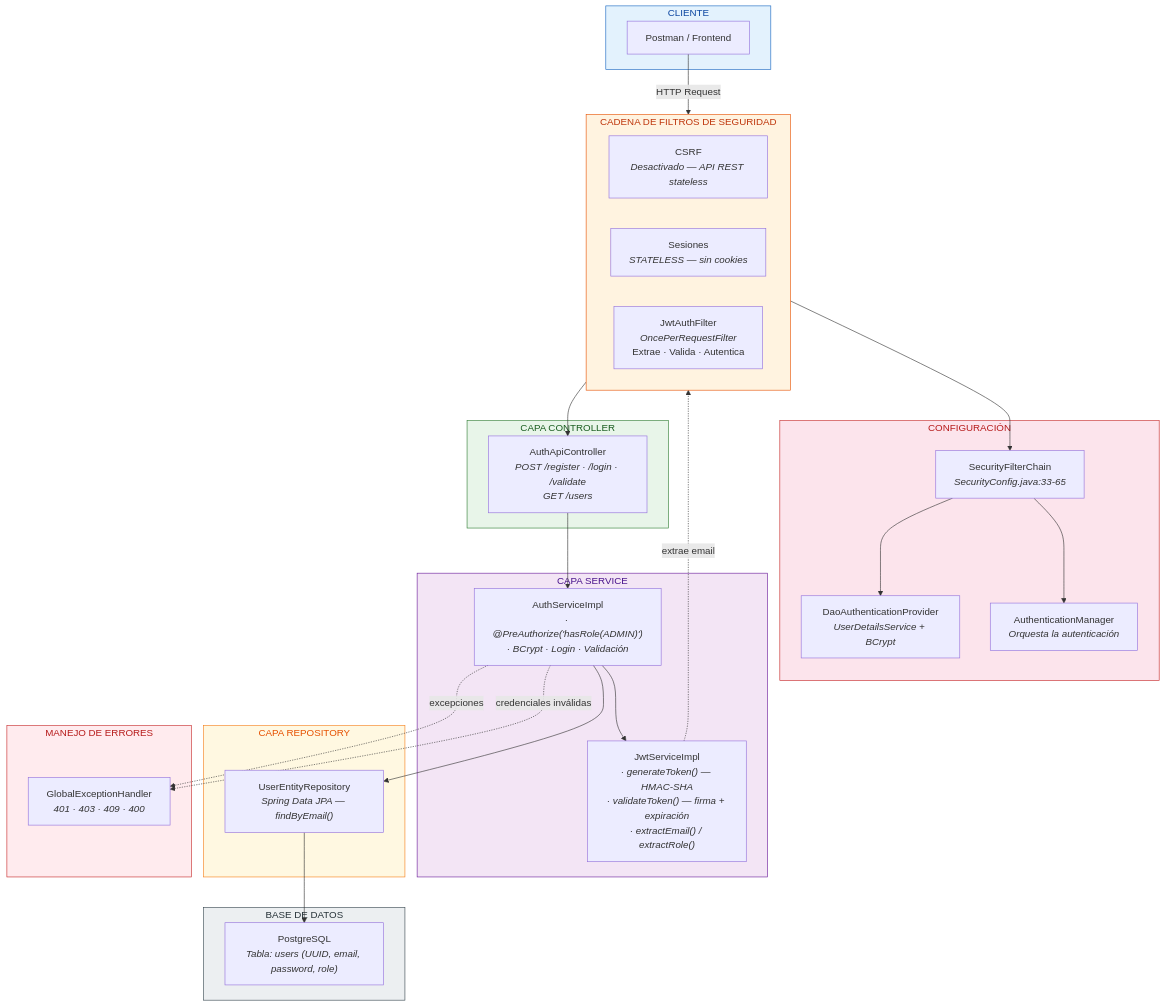
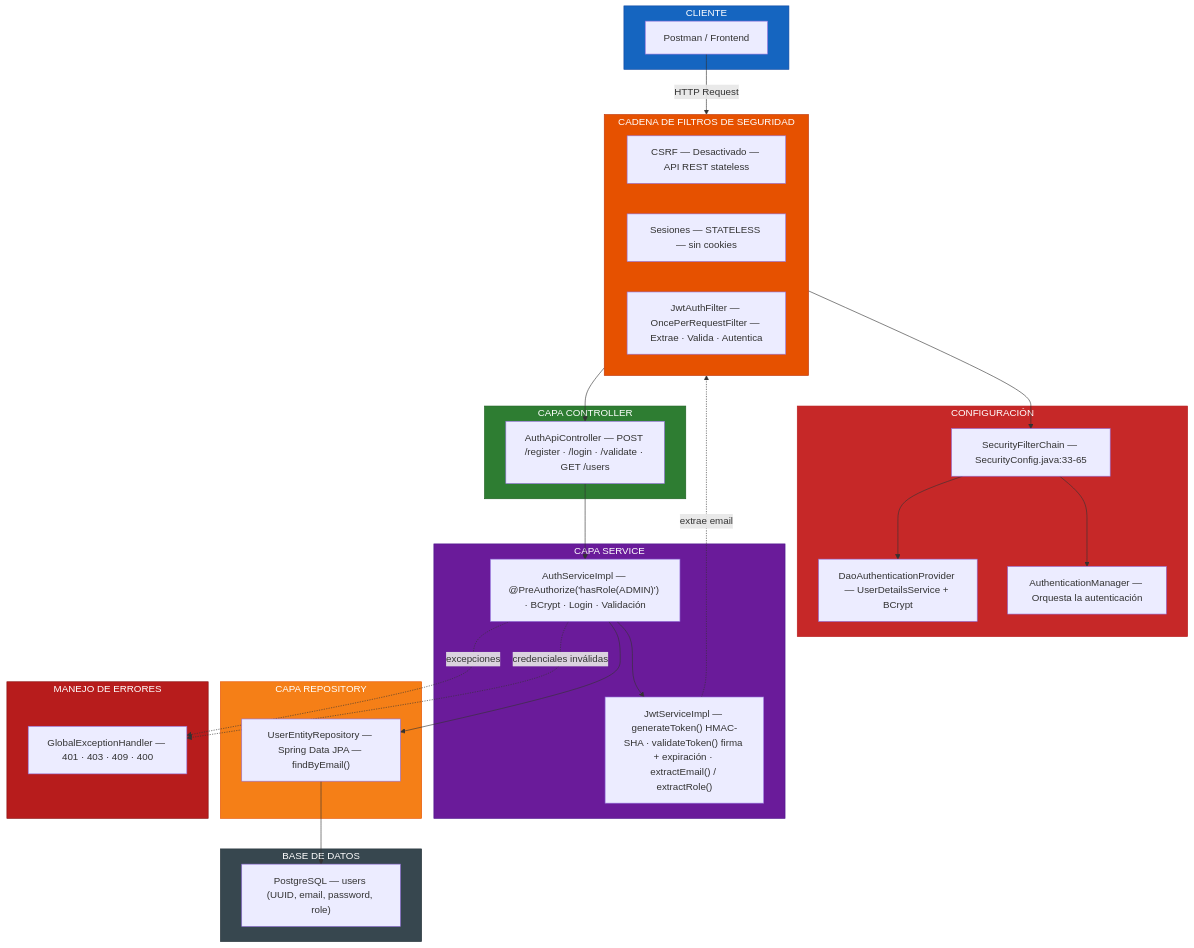
Before and after one commit to dio-quincarDev/springsecurity-basics: the first of 8 diagrams in docs/ARQUITECTURA.md, drawn with Mermaid. The commit also changed other lines of this file, not shown here.

Commit message:
Mejora de Diagramas

````diff
--- a/docs/ARQUITECTURA.md
+++ b/docs/ARQUITECTURA.md
@@ -10,62 +10,62 @@
 ```mermaid
 graph TB
     subgraph CLIENT["CLIENTE"]
         C["Postman / Frontend"]
     end
 
     subgraph FILTER_CHAIN["CADENA DE FILTROS DE SEGURIDAD"]
         direction LR
-        CSRF["CSRF<br/><i>Desactivado — API REST stateless</i>"]
-        SESSION["Sesiones<br/><i>STATELESS — sin cookies</i>"]
-        JWT_FILTER["JwtAuthFilter<br/><i>OncePerRequestFilter</i><br/>Extrae · Valida · Autentica"]
+        CSRF["CSRF — Desactivado — API REST stateless"]
+        SESSION["Sesiones — STATELESS — sin cookies"]
+        JWT_FILTER["JwtAuthFilter — OncePerRequestFilter — Extrae · Valida · Autentica"]
     end
 
     subgraph SECURITY_CONFIG["CONFIGURACIÓN"]
-        SC["SecurityFilterChain<br/><i>SecurityConfig.java:33-65</i>"]
-        AUTH_PROVIDER["DaoAuthenticationProvider<br/><i>UserDetailsService + BCrypt</i>"]
-        AUTH_MANAGER["AuthenticationManager<br/><i>Orquesta la autenticación</i>"]
+        SC["SecurityFilterChain — SecurityConfig.java:33-65"]
+        AUTH_PROVIDER["DaoAuthenticationProvider — UserDetailsService + BCrypt"]
+        AUTH_MANAGER["AuthenticationManager — Orquesta la autenticación"]
     end
 
     subgraph CONTROLLER["CAPA CONTROLLER"]
-        CTRL["AuthApiController<br/><i>POST /register · /login · /validate<br/>GET /users</i>"]
+        CTRL["AuthApiController — POST /register · /login · /validate · GET /users"]
     end
 
     subgraph SERVICE["CAPA SERVICE"]
-        AUTH_SVC["AuthServiceImpl<br/><i>· @PreAuthorize('hasRole(ADMIN)')<br/>· BCrypt · Login · Validación</i>"]
-        JWT_SVC["JwtServiceImpl<br/><i>· generateToken() — HMAC-SHA<br/>· validateToken() — firma + expiración<br/>· extractEmail() / extractRole()</i>"]
+        AUTH_SVC["AuthServiceImpl — @PreAuthorize('hasRole(ADMIN)') · BCrypt · Login · Validación"]
+        JWT_SVC["JwtServiceImpl — generateToken() HMAC-SHA · validateToken() firma + expiración · extractEmail() / extractRole()"]
     end
 
     subgraph REPOSITORY["CAPA REPOSITORY"]
-        REPO["UserEntityRepository<br/><i>Spring Data JPA — findByEmail()</i>"]
+        REPO["UserEntityRepository — Spring Data JPA — findByEmail()"]
     end
 
     subgraph DATABASE["BASE DE DATOS"]
-        DB["PostgreSQL<br/><i>Tabla: users (UUID, email, password, role)</i>"]
+        DB["PostgreSQL — users (UUID, email, password, role)"]
     end
 
     subgraph EXCEPTIONS["MANEJO DE ERRORES"]
-        GEX["GlobalExceptionHandler<br/><i>401 · 403 · 409 · 400</i>"]
+        GEX["GlobalExceptionHandler — 401 · 403 · 409 · 400"]
     end
 
     C -->|"HTTP Request"| FILTER_CHAIN
     FILTER_CHAIN --> SC
     SC --> AUTH_PROVIDER
     SC --> AUTH_MANAGER
     FILTER_CHAIN --> CTRL
     CTRL --> AUTH_SVC
     AUTH_SVC --> JWT_SVC
     AUTH_SVC --> REPO
     JWT_SVC -.->|"extrae email"| FILTER_CHAIN
     REPO --> DB
     AUTH_SVC -.->|"excepciones"| GEX
     AUTH_SVC -.->|"credenciales inválidas"| GEX
 
-    style CLIENT fill:#e3f2fd,stroke:#1565c0,color:#0d47a1
-    style FILTER_CHAIN fill:#fff3e0,stroke:#e65100,color:#bf360c
-    style SECURITY_CONFIG fill:#fce4ec,stroke:#c62828,color:#b71c1c
-    style CONTROLLER fill:#e8f5e9,stroke:#2e7d32,color:#1b5e20
-    style SERVICE fill:#f3e5f5,stroke:#6a1b9a,color:#4a148c
-    style REPOSITORY fill:#fff8e1,stroke:#f57f17,color:#e65100
-    style DATABASE fill:#eceff1,stroke:#37474f,color:#263238
-    style EXCEPTIONS fill:#ffebee,stroke:#c62828,color:#b71c1c
+    style CLIENT fill:#1565c0,stroke:#0d47a1,color:#ffffff
+    style FILTER_CHAIN fill:#e65100,stroke:#bf360c,color:#ffffff
+    style SECURITY_CONFIG fill:#c62828,stroke:#b71c1c,color:#ffffff
+    style CONTROLLER fill:#2e7d32,stroke:#1b5e20,color:#ffffff
+    style SERVICE fill:#6a1b9a,stroke:#4a148c,color:#ffffff
+    style REPOSITORY fill:#f57f17,stroke:#e65100,color:#ffffff
+    style DATABASE fill:#37474f,stroke:#263238,color:#ffffff
+    style EXCEPTIONS fill:#b71c1c,stroke:#880e0e,color:#ffffff
 ```
````
